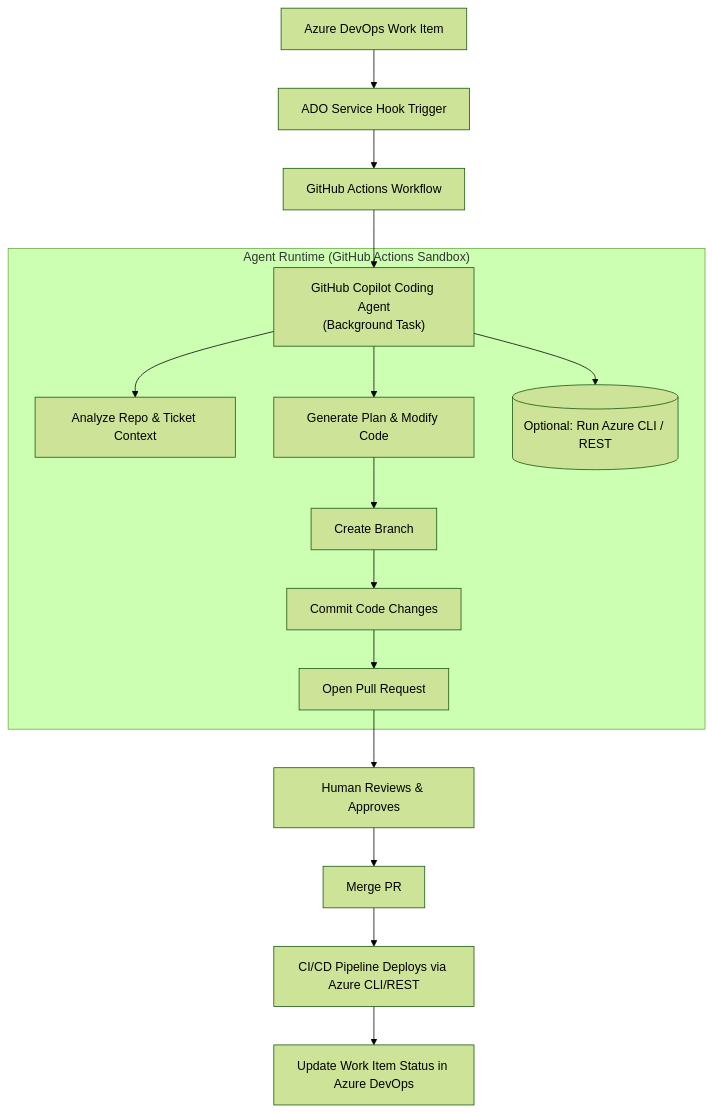
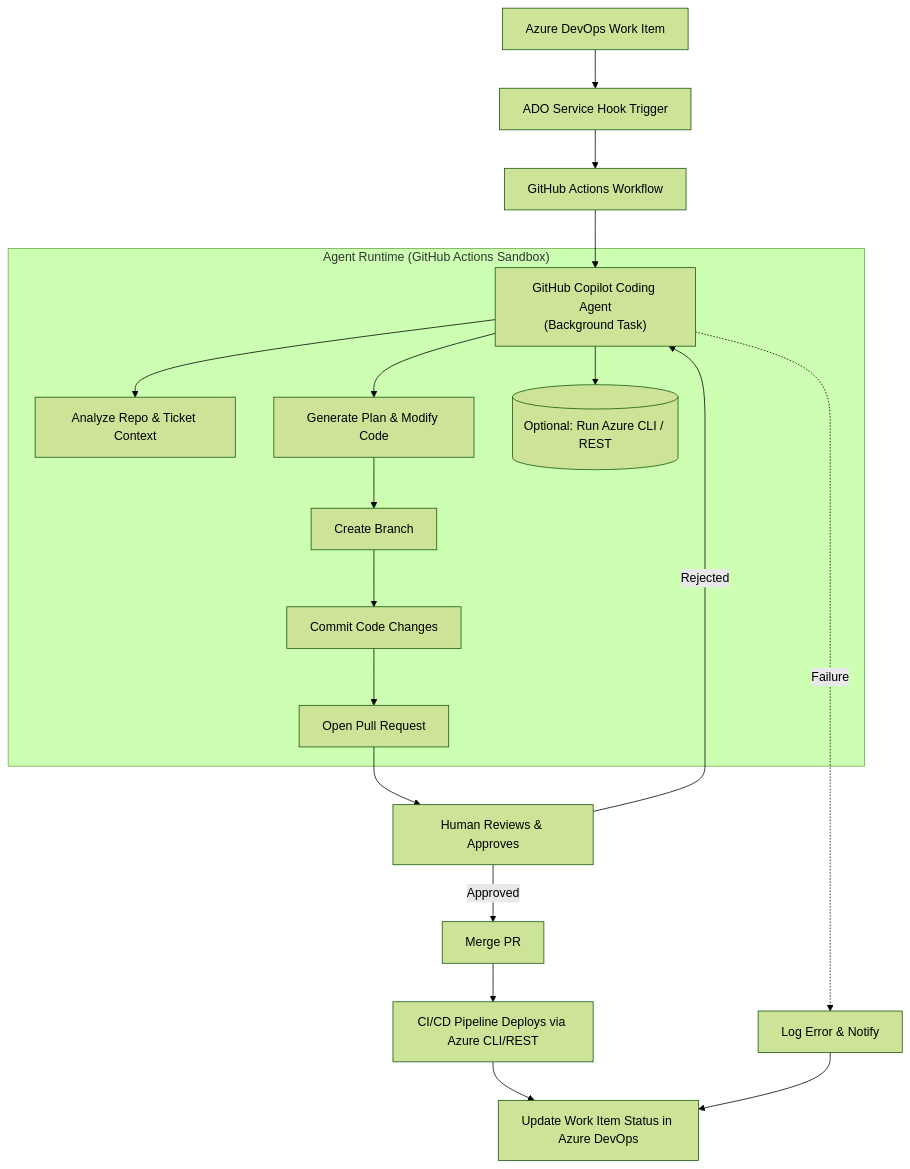
Before and after one commit to madspljoensson/coding-automation-demo: the diagram in README.md, drawn with Mermaid (forest theme). The commit also changed other lines of this file and 15 other files, not shown here.

````diff
--- a/README.md
+++ b/README.md
@@ -43,23 +88,27 @@
 ```mermaid
 flowchart TD
 
     ADO[Azure DevOps Work Item] --> WH[ADO Service Hook Trigger]
     WH --> GHA[GitHub Actions Workflow]
 
     GHA --> AGENT["GitHub Copilot Coding Agent<br/>(Background Task)"]
 
     subgraph "Agent Runtime (GitHub Actions Sandbox)"
         AGENT --> ANALYZE[Analyze Repo & Ticket Context]
         AGENT --> PLAN[Generate Plan & Modify Code]
         AGENT --> AZCLI[(Optional: Run Azure CLI / REST)]
         PLAN --> CREATEBR[Create Branch]
         CREATEBR --> COMMIT[Commit Code Changes]
         COMMIT --> PR[Open Pull Request]
     end
 
     PR --> REVIEW[Human Reviews & Approves]
-    REVIEW --> MERGE[Merge PR]
+    REVIEW -->|Rejected| AGENT
+    REVIEW -->|Approved| MERGE[Merge PR]
 
     MERGE --> PIPE[CI/CD Pipeline Deploys via Azure CLI/REST]
     PIPE --> UPDATEADO[Update Work Item Status in Azure DevOps]
+    
+    AGENT -.->|Failure| ERROR[Log Error & Notify]
+    ERROR --> UPDATEADO
 ```
````
